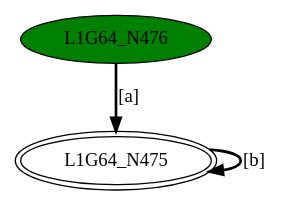
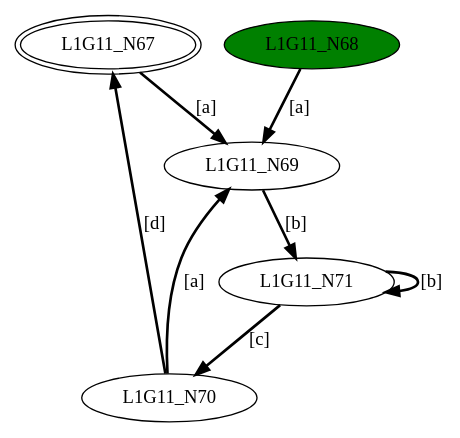
Before and after one commit to GDimitroulakos/EDUFLEX: the diagram in DFASimulator/Testbench/minimizedDFA1.dot, drawn with Graphviz. The commit also changed 103 other files, not shown here.

```diff
--- a/DFASimulator/Testbench/minimizedDFA1.dot
+++ b/DFASimulator/Testbench/minimizedDFA1.dot
@@ -1,6 +1,14 @@
-digraph G64{
-"L1G64_N475" [peripheries=2];
-"L1G64_N476" [style=filled,fillcolor=green];
-"L1G64_N475"->"L1G64_N475" [style = bold, label = "[b]"];
-"L1G64_N476"->"L1G64_N475" [style = bold, label = "[a]"];
+digraph G11{
+"L1G11_N67" [peripheries=2];
+"L1G11_N68" [style=filled,fillcolor=green];
+"L1G11_N69";
+"L1G11_N70";
+"L1G11_N71";
+"L1G11_N67"->"L1G11_N69" [style = bold, label = "[a]"];
+"L1G11_N68"->"L1G11_N69" [style = bold, label = "[a]"];
+"L1G11_N69"->"L1G11_N71" [style = bold, label = "[b]"];
+"L1G11_N70"->"L1G11_N67" [style = bold, label = "[d]"];
+"L1G11_N70"->"L1G11_N69" [style = bold, label = "[a]"];
+"L1G11_N71"->"L1G11_N70" [style = bold, label = "[c]"];
+"L1G11_N71"->"L1G11_N71" [style = bold, label = "[b]"];
 }
```
